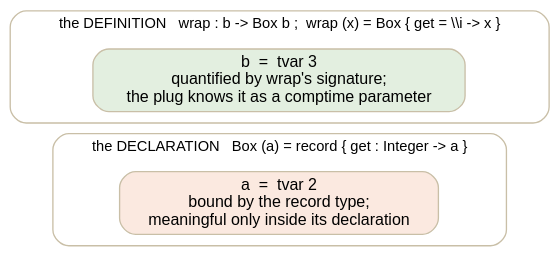
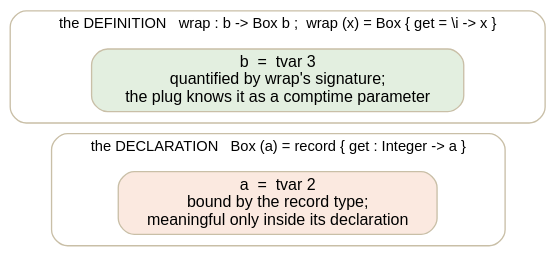
Before and after one commit to showell/essay-repl-server: the first of 4 diagrams in notes/the-declarations-variable.md, drawn with Graphviz. The commit also changed other lines of this file, not shown here.

````diff
--- a/notes/the-declarations-variable.md
+++ b/notes/the-declarations-variable.md
@@ -13,11 +13,11 @@
 ```dot
 digraph {
   rankdir=LR; bgcolor="transparent"; pad=0.2; nodesep=0.4;
   node [shape=box style="rounded,filled" fillcolor="#f4f0e4" color="#c9bfa7" fontname="Helvetica" fontsize=12];
   edge [color="#b0a890" arrowsize=0.7 fontname="Helvetica" fontsize=10];
   subgraph cluster_d { label="the DECLARATION   Box (a) = record { get : Integer -> a }" fontname="Helvetica" fontsize=11 color="#c9bfa7" style="rounded";
     a2 [label="a  =  tvar 2\nbound by the record type;\nmeaningful only inside its declaration" fillcolor="#fbe9e0"]; }
-  subgraph cluster_f { label="the DEFINITION   wrap : b -> Box b ;  wrap (x) = Box { get = \\\\i -> x }" fontname="Helvetica" fontsize=11 color="#c9bfa7" style="rounded";
+  subgraph cluster_f { label="the DEFINITION   wrap : b -> Box b ;  wrap (x) = Box { get = \\i -> x }" fontname="Helvetica" fontsize=11 color="#c9bfa7" style="rounded";
     b3 [label="b  =  tvar 3\nquantified by wrap's signature;\nthe plug knows it as a comptime parameter" fillcolor="#e3efe0"]; }
 }
 ```
````
